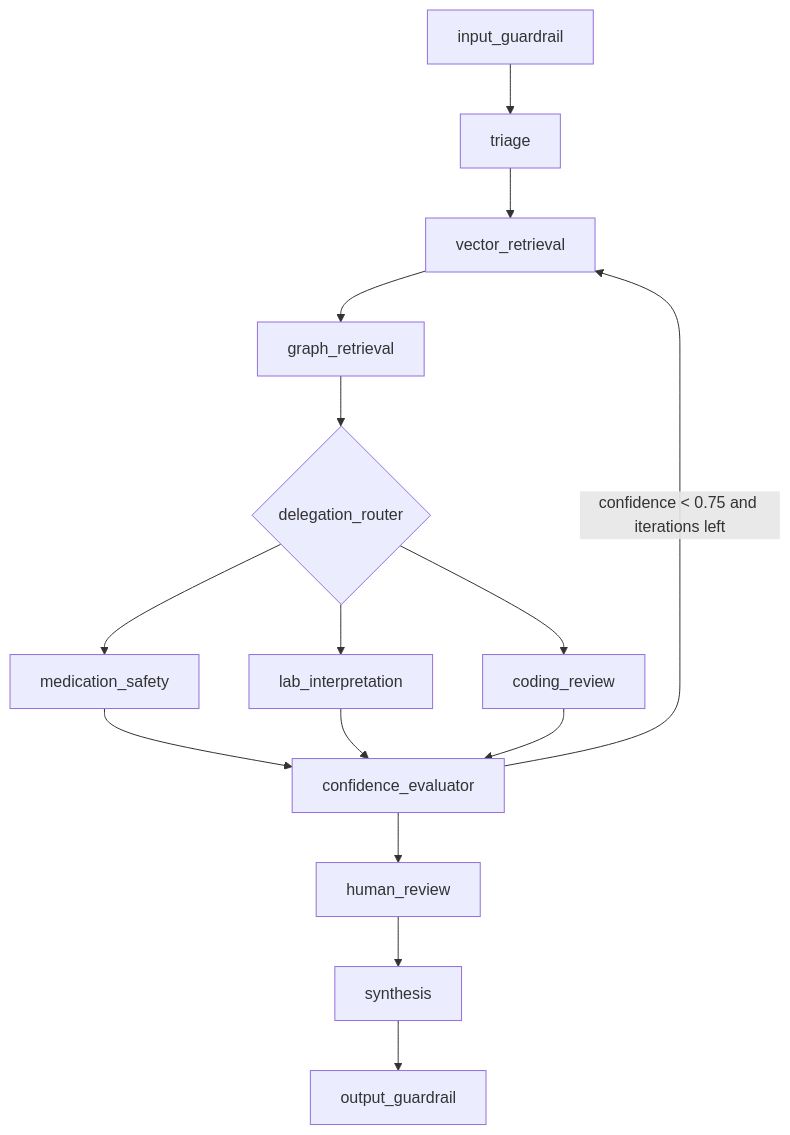
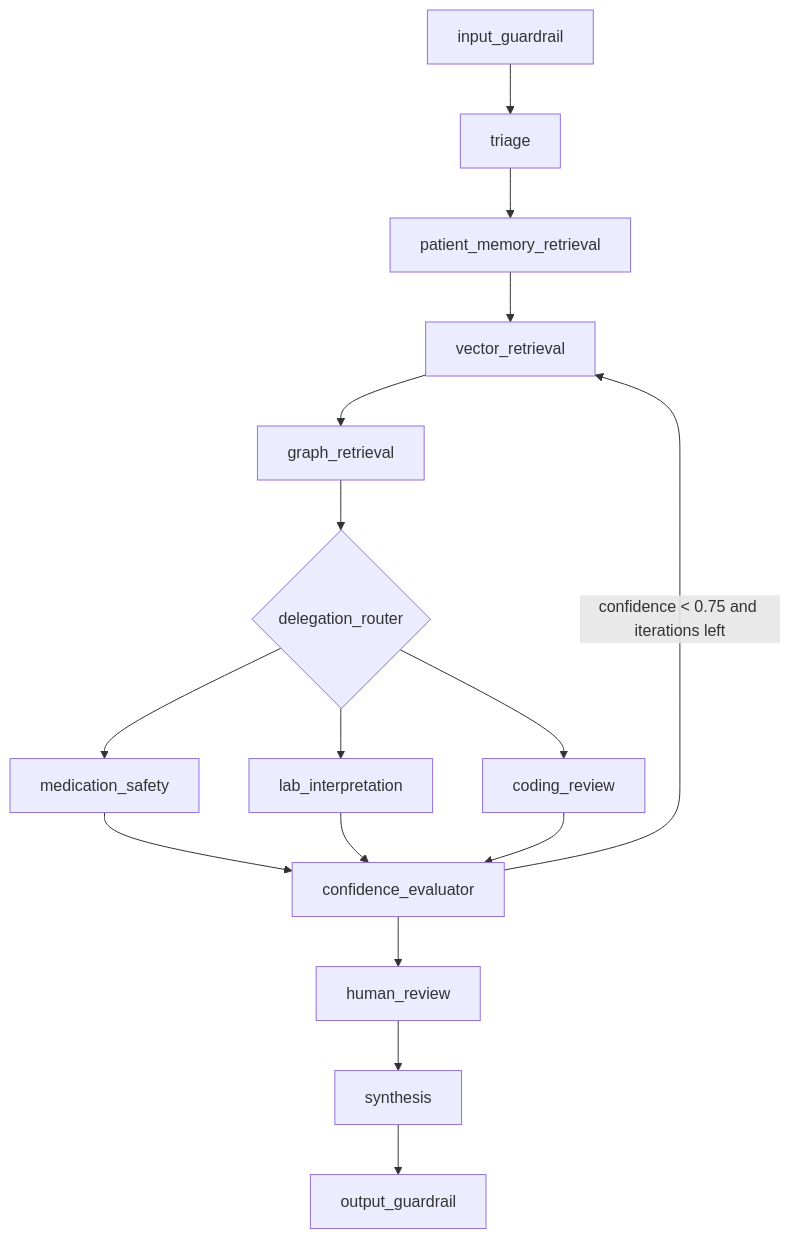
Before and after one commit to wchen-dea/Agentic-AI-Healthcare-GraphRAG: the diagram in docs/05_ai_agents.md, drawn with Mermaid. The commit also changed other lines of this file and 13 other files, not shown here.

Commit message:
PatientMemoryFact

````diff
--- a/docs/05_ai_agents.md
+++ b/docs/05_ai_agents.md
@@ -43,17 +43,18 @@
 ```mermaid
 flowchart TD
   IG[input_guardrail] --> T[triage]
-  T --> VR[vector_retrieval]
+  T --> PM[patient_memory_retrieval]
+  PM --> VR[vector_retrieval]
   VR --> GR[graph_retrieval]
   GR --> DR{delegation_router}
   DR --> MS[medication_safety]
   DR --> LI[lab_interpretation]
   DR --> CR[coding_review]
   MS --> CE[confidence_evaluator]
   LI --> CE
   CR --> CE
   CE -- "confidence < 0.75 and iterations left" --> VR
   CE --> HR[human_review]
   HR --> S[synthesis]
   S --> OG[output_guardrail]
 ```
````
